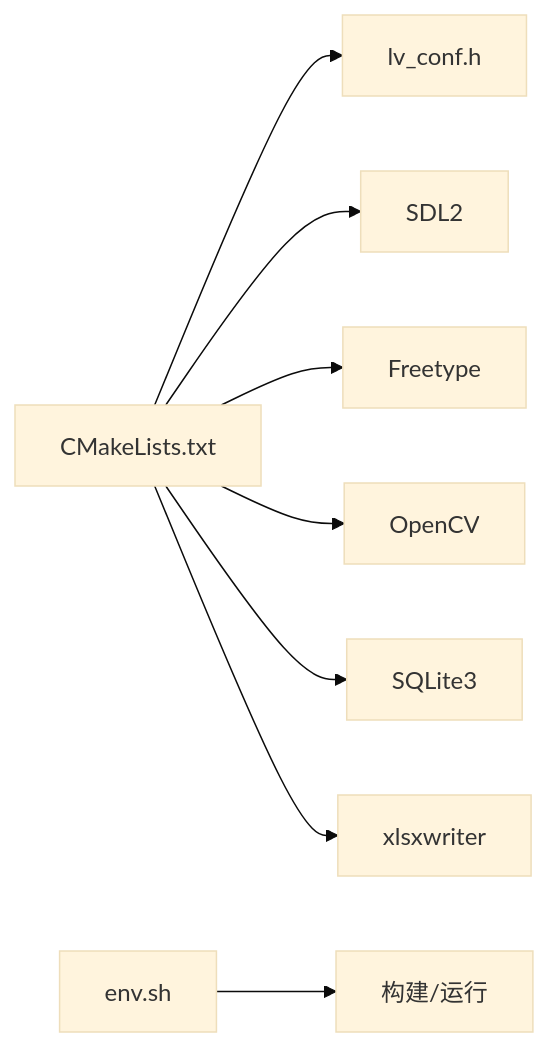
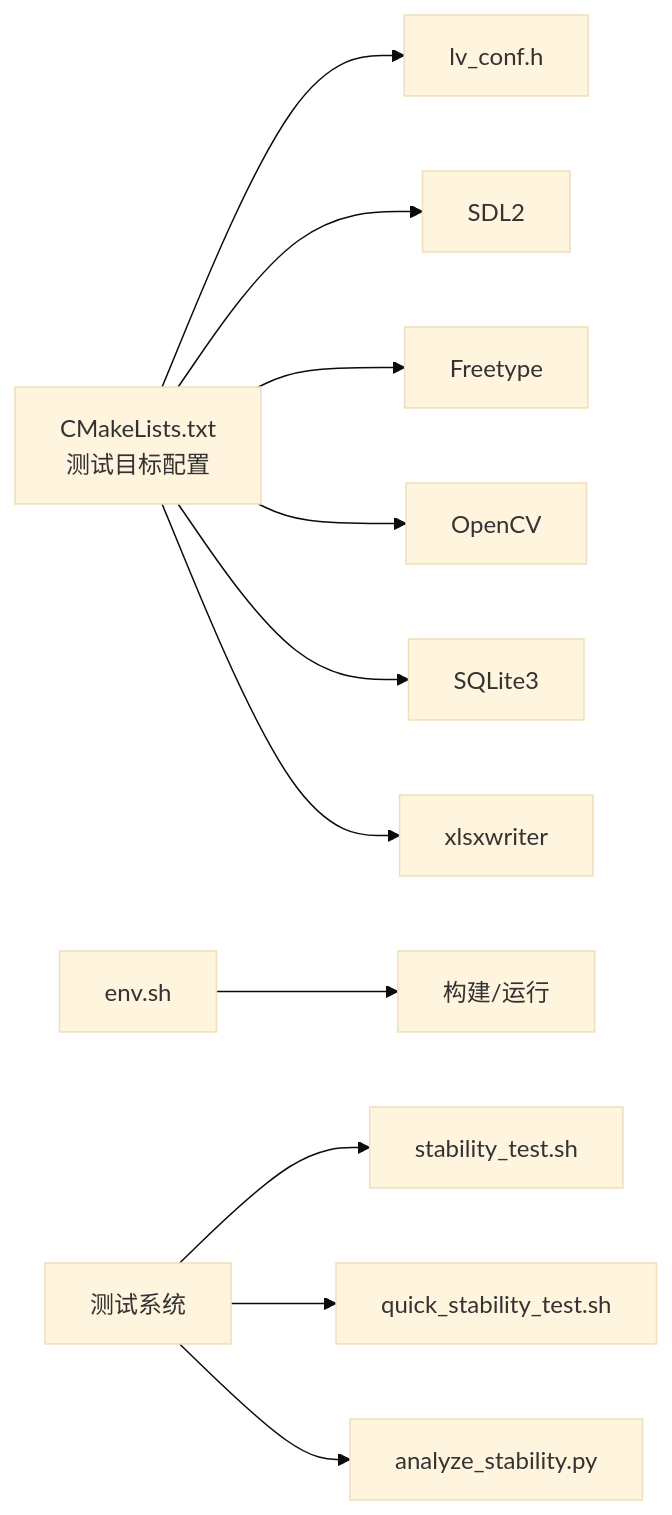
Before and after one commit to Drunk552/SmartAttendance: the seventh of 9 diagrams in .qoder/repowiki/zh/content/开发指南/开发指南.md, drawn with Mermaid (base theme). The commit also changed other lines of this file and 26 other files, not shown here.

````diff
--- a/.qoder/repowiki/zh/content/开发指南/开发指南.md
+++ b/.qoder/repowiki/zh/content/开发指南/开发指南.md
@@ -309,10 +333,13 @@
 ```mermaid
 graph LR
-CMake["CMakeLists.txt"] --> LV["lv_conf.h"]
+CMake["CMakeLists.txt<br/>测试目标配置"] --> LV["lv_conf.h"]
 CMake --> SDL["SDL2"]
 CMake --> FT["Freetype"]
 CMake --> OPENCV["OpenCV"]
 CMake --> SQLITE["SQLite3"]
 CMake --> XLSX["xlsxwriter"]
 ENV["env.sh"] --> BUILD["构建/运行"]
+TEST["测试系统"] --> STABILITY["stability_test.sh"]
+TEST --> QUICK["quick_stability_test.sh"]
+TEST --> ANALYZE["analyze_stability.py"]
 ```
````
